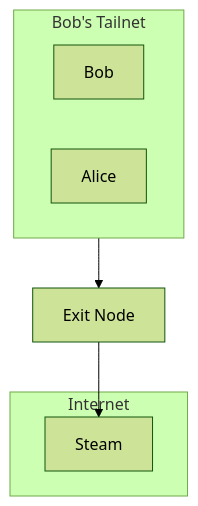
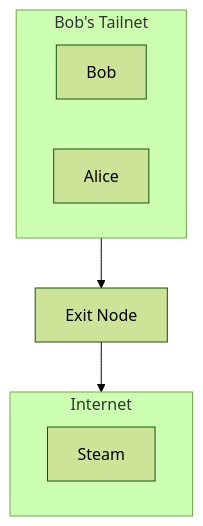
One commit to r-freeman/portfolio changed the diagram in app/writing/using-tailscale-to-bypass-steam-families-restrictions/page.mdx. Above: the diagram before and after it, drawn with Mermaid (forest theme).

Commit message:
Update post

````diff
--- a/app/writing/using-tailscale-to-bypass-steam-families-restrictions/page.mdx
+++ b/app/writing/using-tailscale-to-bypass-steam-families-restrictions/page.mdx
@@ -40,13 +40,13 @@
 ```mermaid
 graph TD;
 subgraph AA [Bob's Tailnet]
 A[Bob];
 B[Alice];
 end
 subgraph BB [Internet]
 E[Steam];
 end
 Z[Exit Node];
 AA --> Z;
-Z --> E;
+Z --> BB;
 ```
````
